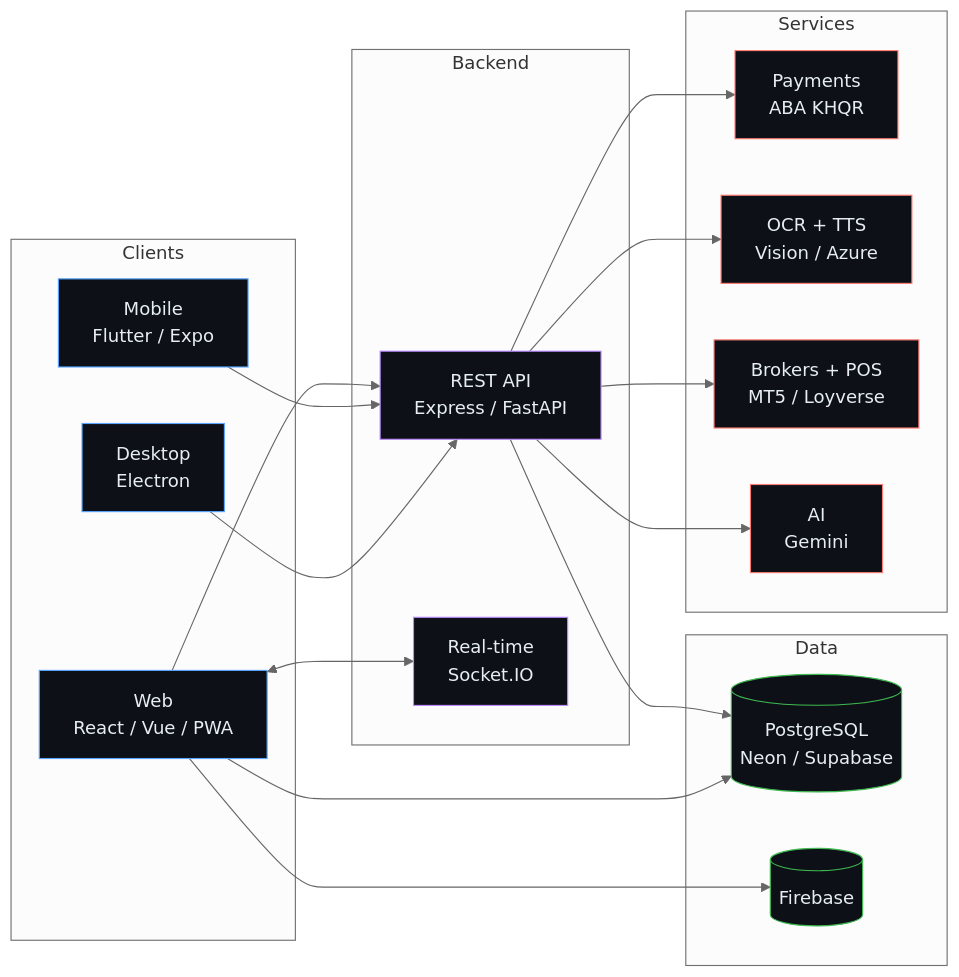
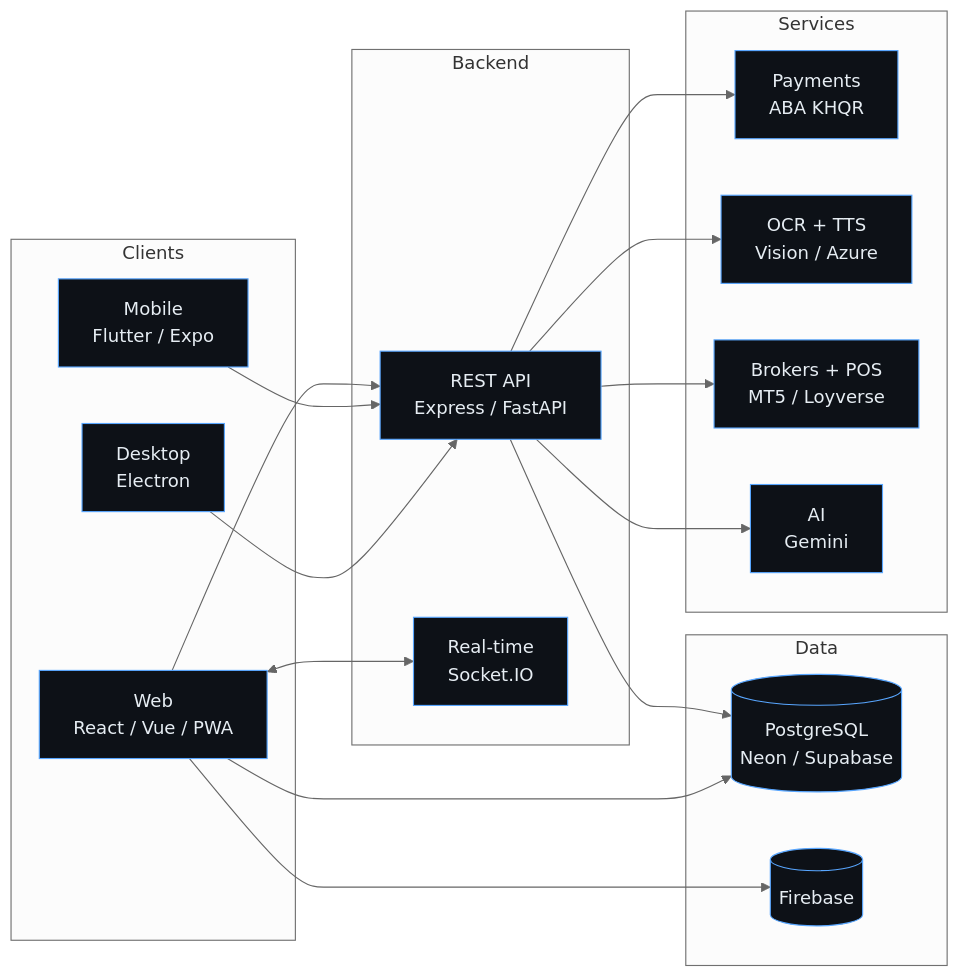
One commit to ThyrexGG/ThyrexGG changed the first of 2 diagrams in README.md. Above: the diagram before and after it, drawn with Mermaid (neutral theme). The commit also changed other lines of this file and 10 other files, not shown here.

````diff
--- a/README.md
+++ b/README.md
@@ -172,41 +172,41 @@
 ```mermaid
 flowchart LR
     subgraph Clients
         W["Web<br/>React / Vue / PWA"]
         M["Mobile<br/>Flutter / Expo"]
         D["Desktop<br/>Electron"]
     end
     subgraph Backend
         A["REST API<br/>Express / FastAPI"]
         S["Real-time<br/>Socket.IO"]
     end
     subgraph Data
         P[("PostgreSQL<br/>Neon / Supabase")]
         F[("Firebase")]
     end
     subgraph Services
         X["Payments<br/>ABA KHQR"]
         O["OCR + TTS<br/>Vision / Azure"]
         B["Brokers + POS<br/>MT5 / Loyverse"]
         G["AI<br/>Gemini"]
     end
     W --> A
     M --> A
     D --> A
     W <--> S
     A --> P
     W --> P
     W --> F
     A --> X
     A --> O
     A --> B
     A --> G
     classDef c fill:#0d1117,stroke:#58a6ff,color:#e6edf3
-    classDef b fill:#0d1117,stroke:#bc8cff,color:#e6edf3
-    classDef d fill:#0d1117,stroke:#3fb950,color:#e6edf3
-    classDef s fill:#0d1117,stroke:#ff7b72,color:#e6edf3
+    classDef b fill:#0d1117,stroke:#58a6ff,color:#e6edf3
+    classDef d fill:#0d1117,stroke:#58a6ff,color:#e6edf3
+    classDef s fill:#0d1117,stroke:#58a6ff,color:#e6edf3
     class W,M,D c
     class A,S b
     class P,F d
     class X,O,B,G s
 ```
````
